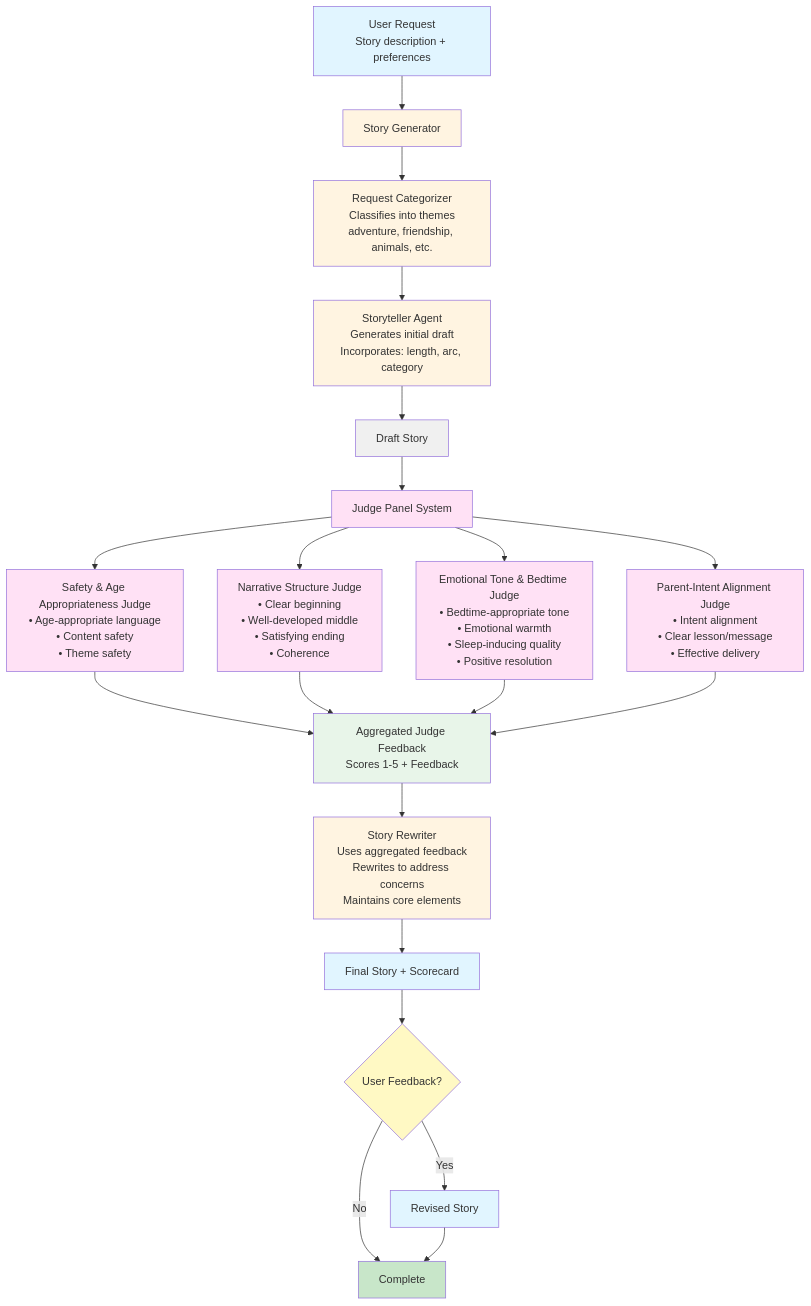
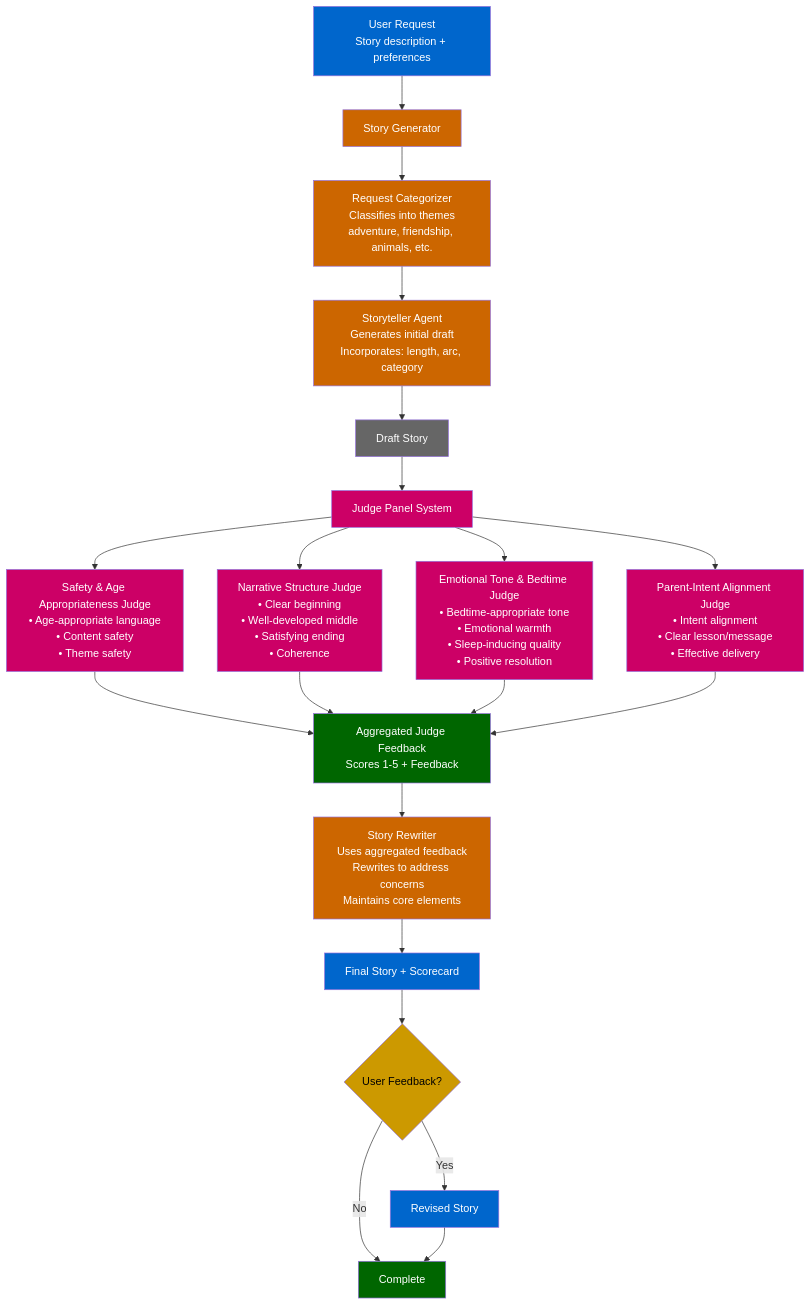
Before and after one commit to vanshika5605/story-teller-agent: the diagram in README.md, drawn with Mermaid. The commit also changed other lines of this file, not shown here.

Commit message:
Made changes to block diagram

````diff
--- a/README.md
+++ b/README.md
@@ -133,46 +133,46 @@
 ```mermaid
 flowchart TD
     A[User Request<br/>Story description + preferences] --> B[Story Generator]
     
     B --> B1[Request Categorizer<br/>Classifies into themes<br/>adventure, friendship, animals, etc.]
     B1 --> B2[Storyteller Agent<br/>Generates initial draft<br/>Incorporates: length, arc, category]
     B2 --> C[Draft Story]
     
     C --> D[Judge Panel System]
     
     D --> D1[Safety & Age Appropriateness Judge<br/>• Age-appropriate language<br/>• Content safety<br/>• Theme safety]
     D --> D2[Narrative Structure Judge<br/>• Clear beginning<br/>• Well-developed middle<br/>• Satisfying ending<br/>• Coherence]
     D --> D3[Emotional Tone & Bedtime Judge<br/>• Bedtime-appropriate tone<br/>• Emotional warmth<br/>• Sleep-inducing quality<br/>• Positive resolution]
     D --> D4[Parent-Intent Alignment Judge<br/>• Intent alignment<br/>• Clear lesson/message<br/>• Effective delivery]
     
     D1 --> E[Aggregated Judge Feedback<br/>Scores 1-5 + Feedback]
     D2 --> E
     D3 --> E
     D4 --> E
     
     E --> F[Story Rewriter<br/>Uses aggregated feedback<br/>Rewrites to address concerns<br/>Maintains core elements]
     
     F --> G[Final Story + Scorecard]
     
     G --> H{User Feedback?}
     H -->|Yes| I[Revised Story]
     H -->|No| J[Complete]
     I --> J
     
-    style A fill:#e1f5ff
-    style B fill:#fff4e1
-    style B1 fill:#fff4e1
-    style B2 fill:#fff4e1
-    style C fill:#f0f0f0
-    style D fill:#ffe1f5
-    style D1 fill:#ffe1f5
-    style D2 fill:#ffe1f5
-    style D3 fill:#ffe1f5
-    style D4 fill:#ffe1f5
-    style E fill:#e8f5e9
-    style F fill:#fff4e1
-    style G fill:#e1f5ff
-    style H fill:#fff9c4
-    style I fill:#e1f5ff
-    style J fill:#c8e6c9
+    style A fill:#0066cc,color:#fff
+    style B fill:#cc6600,color:#fff
+    style B1 fill:#cc6600,color:#fff
+    style B2 fill:#cc6600,color:#fff
+    style C fill:#666666,color:#fff
+    style D fill:#cc0066,color:#fff
+    style D1 fill:#cc0066,color:#fff
+    style D2 fill:#cc0066,color:#fff
+    style D3 fill:#cc0066,color:#fff
+    style D4 fill:#cc0066,color:#fff
+    style E fill:#006600,color:#fff
+    style F fill:#cc6600,color:#fff
+    style G fill:#0066cc,color:#fff
+    style H fill:#cc9900,color:#000
+    style I fill:#0066cc,color:#fff
+    style J fill:#006600,color:#fff
 ```
````
